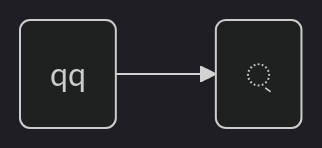
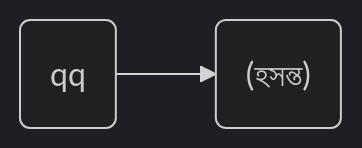
One commit to KhiproTeam/khipro changed diagram 33 of 35 in content/quickstart/_index.md. Above: the diagram before and after it, drawn with Mermaid (dark theme).

Commit message:
Update diagram to label হসন্ত (্) in flowchart and add step 9.1 for writing অযোজক হসন্ত

````diff
--- a/content/quickstart/_index.md
+++ b/content/quickstart/_index.md
@@ -422,5 +422,5 @@
 ```mermaid
 flowchart LR
 
-c(qq) --> d("্")
+c(qq) --> d("(হসন্ত)")
 ```
````
